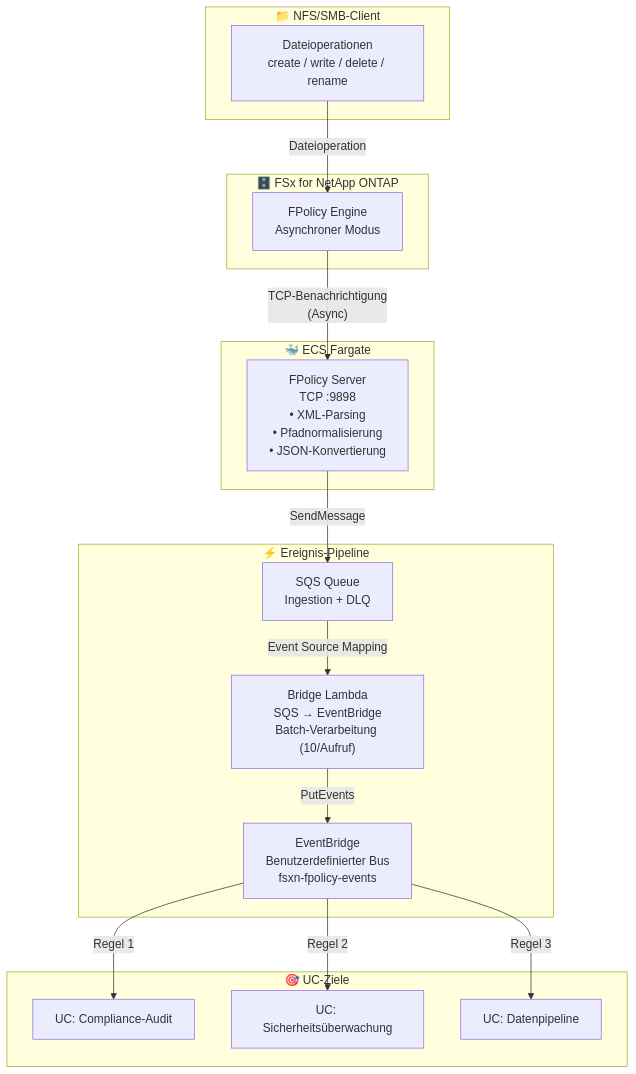
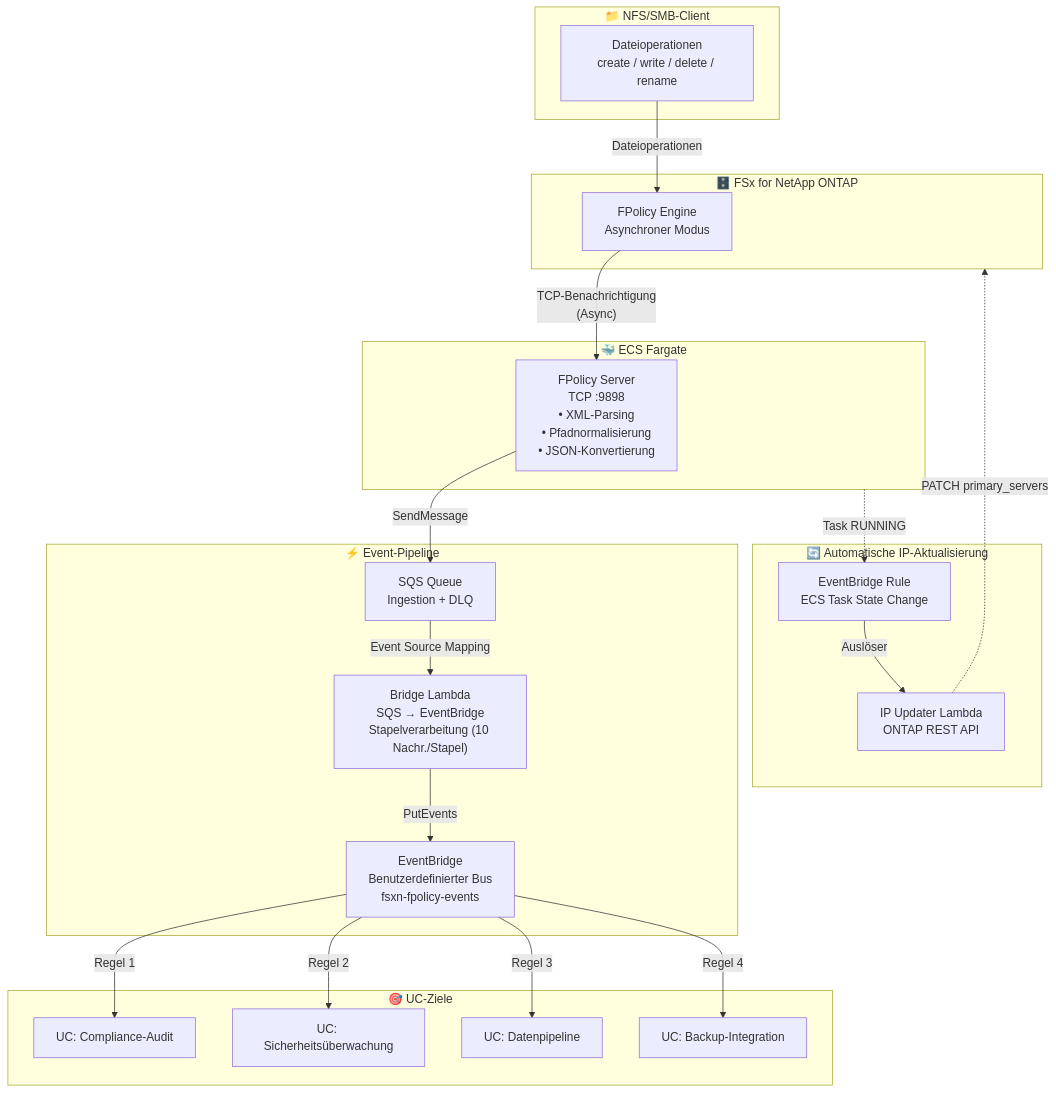
Before and after one commit to Yoshiki0705/FSx-for-ONTAP-S3AccessPoints-Serverless-Patterns: the diagram in event-driven-fpolicy/docs/architecture.de.md, drawn with Mermaid. The commit also changed other lines of this file and 13 other files, not shown here.

First line of the commit message:
fix: docs/architecture + demo-guide 全8言語を同一内容に統一

````diff
--- a/event-driven-fpolicy/docs/architecture.de.md
+++ b/event-driven-fpolicy/docs/architecture.de.md
@@ -7,35 +7,46 @@
 ```mermaid
 flowchart TB
     subgraph CLIENT["📁 NFS/SMB-Client"]
         NFS["Dateioperationen<br/>create / write / delete / rename"]
     end
 
     subgraph ONTAP["🗄️ FSx for NetApp ONTAP"]
         FPOLICY["FPolicy Engine<br/>Asynchroner Modus"]
     end
 
     subgraph FARGATE["🐳 ECS Fargate"]
         SERVER["FPolicy Server<br/>TCP :9898<br/>• XML-Parsing<br/>• Pfadnormalisierung<br/>• JSON-Konvertierung"]
     end
 
-    subgraph PIPELINE["⚡ Ereignis-Pipeline"]
+    subgraph PIPELINE["⚡ Event-Pipeline"]
         SQS["SQS Queue<br/>Ingestion + DLQ"]
-        BRIDGE["Bridge Lambda<br/>SQS → EventBridge<br/>Batch-Verarbeitung (10/Aufruf)"]
+        BRIDGE["Bridge Lambda<br/>SQS → EventBridge<br/>Stapelverarbeitung (10 Nachr./Stapel)"]
         EB["EventBridge<br/>Benutzerdefinierter Bus<br/>fsxn-fpolicy-events"]
     end
 
     subgraph TARGETS["🎯 UC-Ziele"]
         UC1["UC: Compliance-Audit"]
         UC2["UC: Sicherheitsüberwachung"]
         UC3["UC: Datenpipeline"]
+        UC4["UC: Backup-Integration"]
     end
 
-    NFS -->|"Dateioperation"| FPOLICY
+    subgraph UPDATER["🔄 Automatische IP-Aktualisierung"]
+        RULE["EventBridge Rule<br/>ECS Task State Change"]
+        LAMBDA["IP Updater Lambda<br/>ONTAP REST API"]
+    end
+
+    NFS -->|"Dateioperationen"| FPOLICY
     FPOLICY -->|"TCP-Benachrichtigung<br/>(Async)"| SERVER
     SERVER -->|"SendMessage"| SQS
     SQS -->|"Event Source Mapping"| BRIDGE
     BRIDGE -->|"PutEvents"| EB
     EB -->|"Regel 1"| UC1
     EB -->|"Regel 2"| UC2
     EB -->|"Regel 3"| UC3
+    EB -->|"Regel 4"| UC4
+
+    FARGATE -.->|"Task RUNNING"| RULE
+    RULE -->|"Auslöser"| LAMBDA
+    LAMBDA -.->|"PATCH primary_servers"| ONTAP
 ```
````
